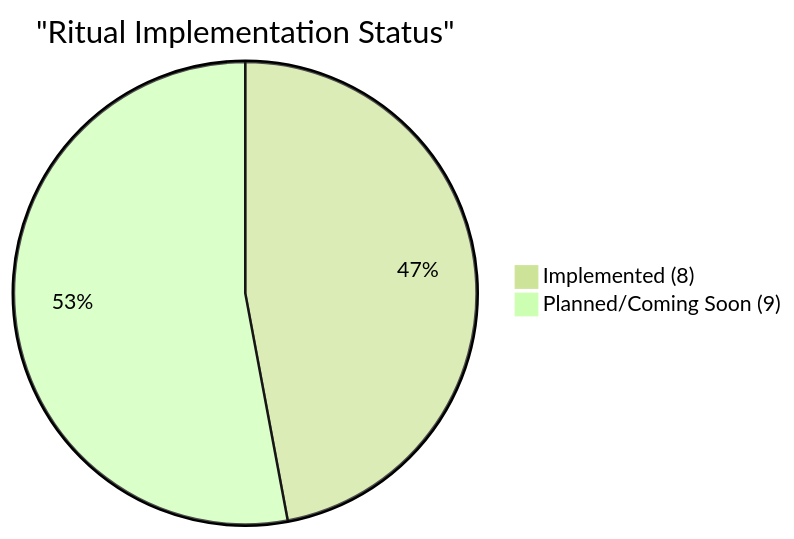
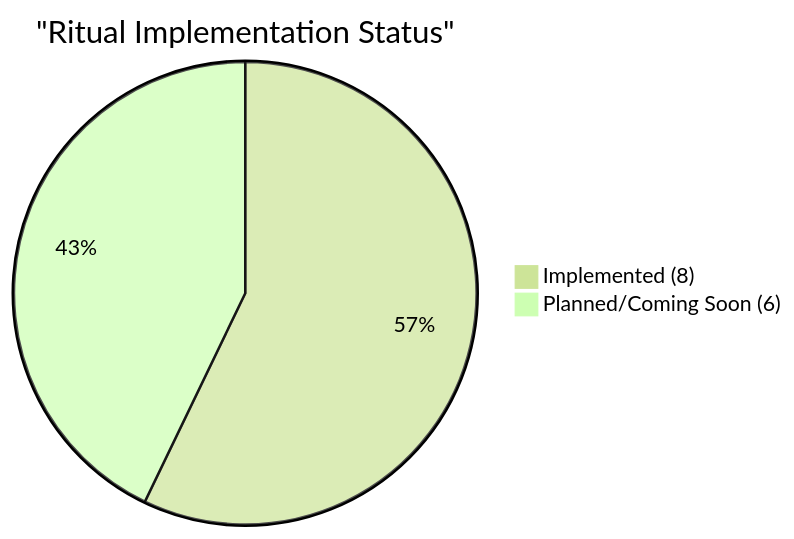
Before and after one commit to Underwood-Inc/rituals: the third of 4 diagrams in README.md, drawn with Mermaid (forest theme). The commit also changed other lines of this file and 6 other files, not shown here.

````diff
--- a/README.md
+++ b/README.md
@@ -398,5 +398,5 @@
 ```mermaid
 pie title "Ritual Implementation Status"
     "Implemented (8)" : 8
-    "Planned/Coming Soon (9)" : 9
+    "Planned/Coming Soon (6)" : 6
 ```
````
